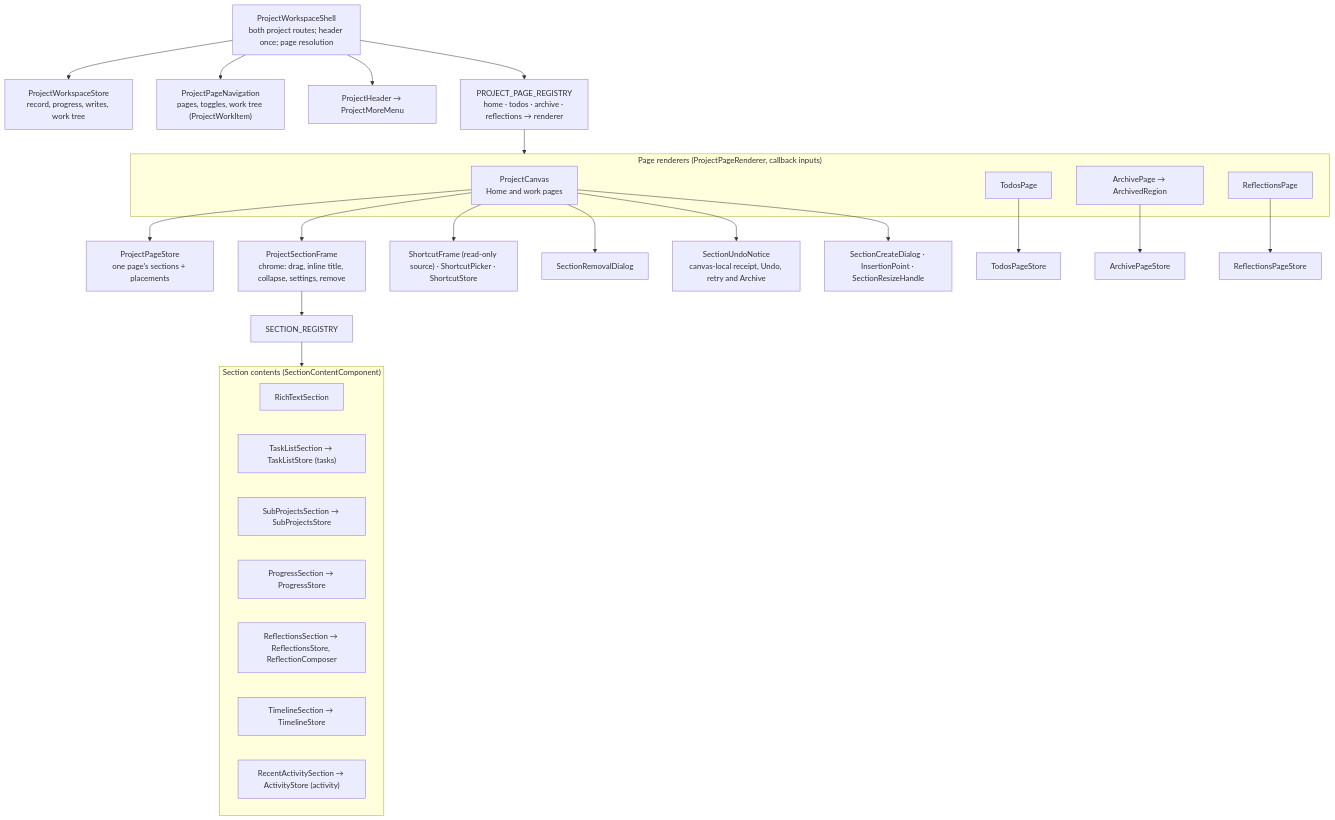
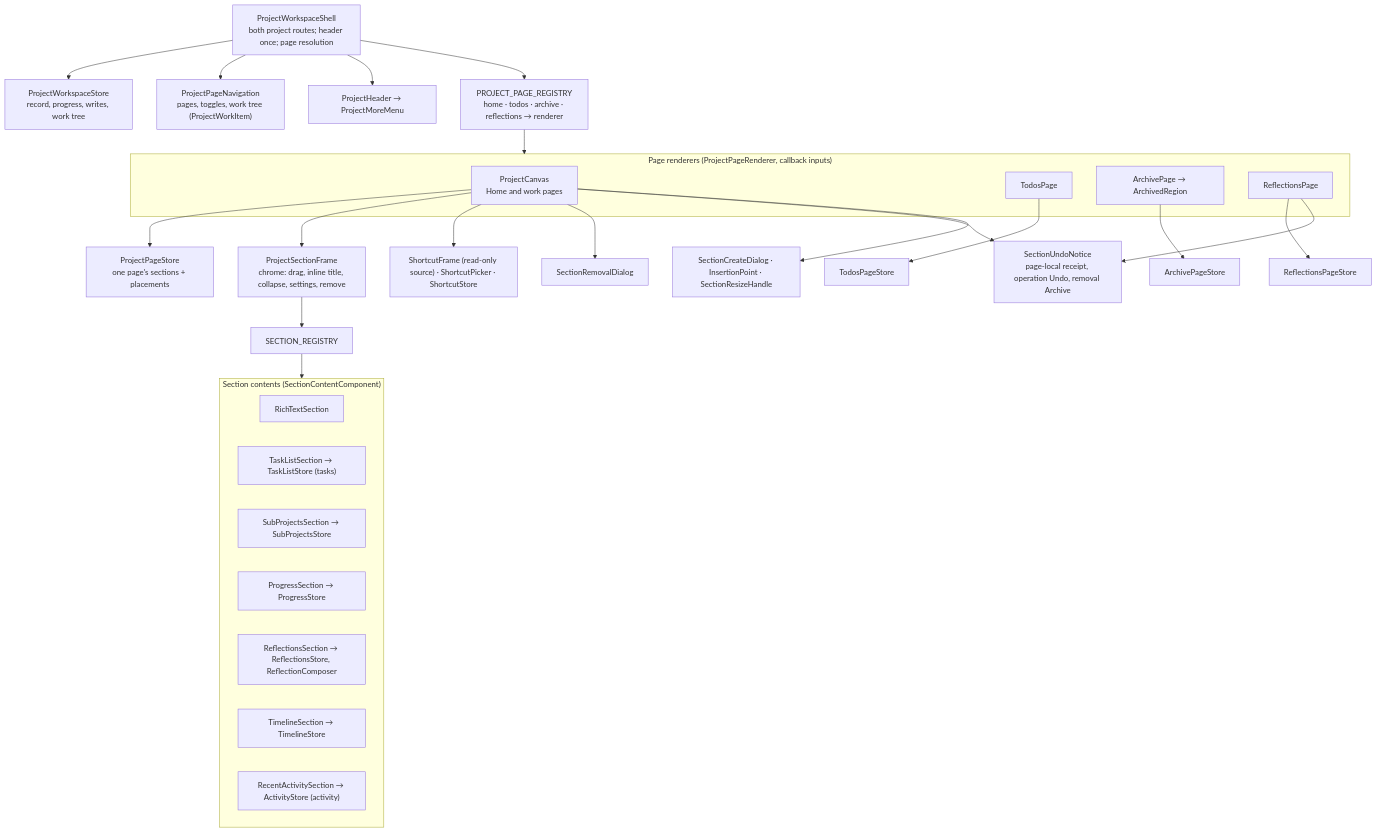
The first of 2 diagrams in docs/architecture/web/projects/what.md (CalciteDragon/Canvas-work-manager-prototype), drawn with Mermaid before and after one commit. The commit also changed other lines of this file and 93 other files, not shown here.

````diff
--- a/docs/architecture/web/projects/what.md
+++ b/docs/architecture/web/projects/what.md
@@ -5,46 +5,47 @@
 ```mermaid
 flowchart TB
   shell["ProjectWorkspaceShell<br/>both project routes; header once; page resolution"]
   wstore["ProjectWorkspaceStore<br/>record, progress, writes, work tree"]
   nav["ProjectPageNavigation<br/>pages, toggles, work tree (ProjectWorkItem)"]
   header["ProjectHeader → ProjectMoreMenu"]
   reg["PROJECT_PAGE_REGISTRY<br/>home · todos · archive · reflections → renderer"]
   subgraph renderers["Page renderers (ProjectPageRenderer, callback inputs)"]
     canvas["ProjectCanvas<br/>Home and work pages"]
     todos["TodosPage"]
     archive["ArchivePage → ArchivedRegion"]
     refl["ReflectionsPage"]
   end
   pstore["ProjectPageStore<br/>one page's sections + placements"]
   tstore["TodosPageStore"]
   astore["ArchivePageStore"]
   rstore["ReflectionsPageStore"]
   frame["ProjectSectionFrame<br/>chrome: drag, inline title, collapse, settings, remove"]
   sreg["SECTION_REGISTRY"]
   subgraph sections["Section contents (SectionContentComponent)"]
     rt["RichTextSection"]
     tl["TaskListSection → TaskListStore (tasks)"]
     sp["SubProjectsSection → SubProjectsStore"]
     pg["ProgressSection → ProgressStore"]
     rf["ReflectionsSection → ReflectionsStore, ReflectionComposer"]
     tm["TimelineSection → TimelineStore"]
     ra["RecentActivitySection → ActivityStore (activity)"]
   end
   sc["ShortcutFrame (read-only source) · ShortcutPicker · ShortcutStore"]
   dialog["SectionRemovalDialog"]
-  notice["SectionUndoNotice<br/>canvas-local receipt, Undo, retry and Archive"]
+  notice["SectionUndoNotice<br/>page-local receipt, operation Undo, removal Archive"]
   create["SectionCreateDialog · InsertionPoint · SectionResizeHandle"]
   shell --> wstore
   shell --> nav
   shell --> header
   shell --> reg --> renderers
   canvas --> pstore
   todos --> tstore
   archive --> astore
   refl --> rstore
   canvas --> frame --> sreg --> sections
   canvas --> sc
   canvas --> dialog
   canvas --> notice
+  refl --> notice
   canvas --> create
 ```
````
